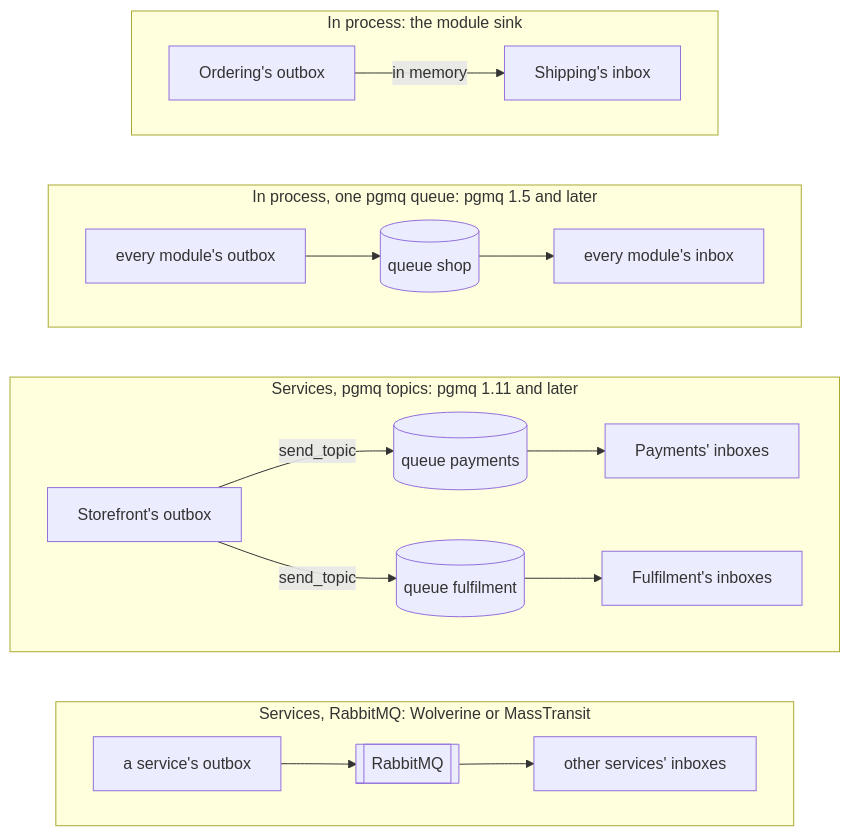
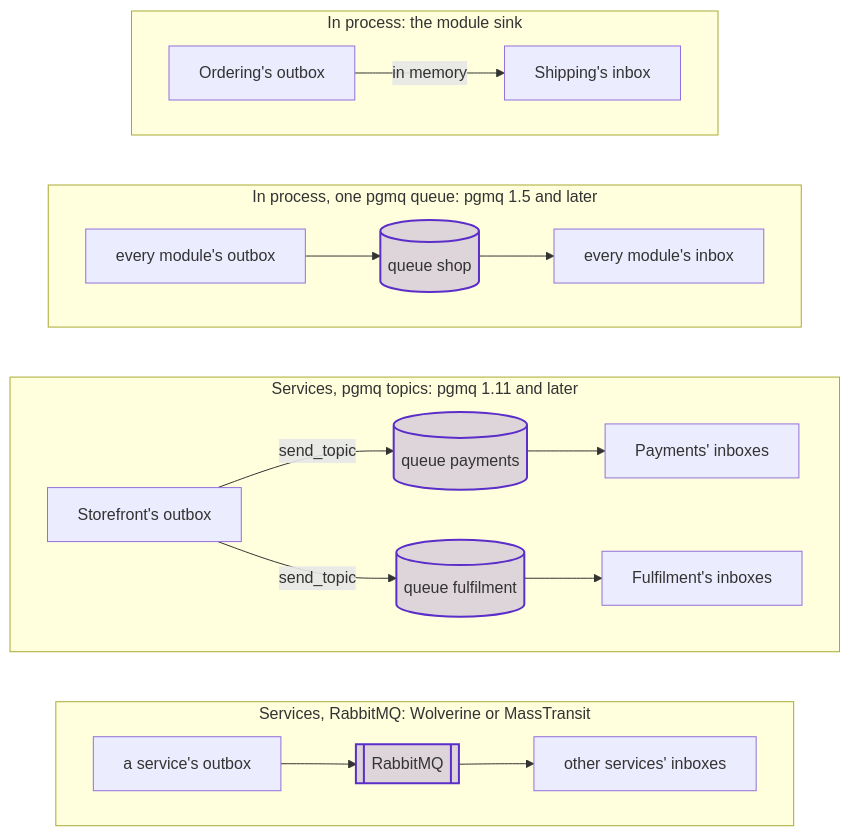
Before and after one commit to DylanSnel/DDDToolkit: the diagram in docs/transports.md, drawn with Mermaid. The commit also changed other lines of this file and 41 other files, not shown here.

First line of the commit message:
Docs: plain prose, one word per concept, and readable diagrams on every page

````diff
--- a/docs/transports.md
+++ b/docs/transports.md
@@ -25,21 +24,23 @@
 ```mermaid
 flowchart TB
     subgraph inproc ["In process: the module sink"]
         direction LR
         A1["Ordering's outbox"] -->|"in memory"| B1["Shipping's inbox"]
     end
     subgraph onequeue ["In process, one pgmq queue: pgmq 1.5 and later"]
         direction LR
         A2["every module's outbox"] --> Q2[("queue shop")] --> B2["every module's inbox"]
     end
     subgraph topics ["Services, pgmq topics: pgmq 1.11 and later"]
         direction LR
         A3["Storefront's outbox"] -->|"send_topic"| Q3a[("queue payments")] --> B3a["Payments' inboxes"]
         A3 -->|"send_topic"| Q3b[("queue fulfilment")] --> B3b["Fulfilment's inboxes"]
     end
     subgraph broker ["Services, RabbitMQ: Wolverine or MassTransit"]
         direction LR
         A4["a service's outbox"] --> R4[["RabbitMQ"]] --> B4["other services' inboxes"]
     end
     inproc ~~~ onequeue ~~~ topics ~~~ broker
+    classDef strong fill:#5b2ec933,stroke:#5b2ec9,stroke-width:2px
+    class Q2,Q3a,Q3b,R4 strong
 ```
````
